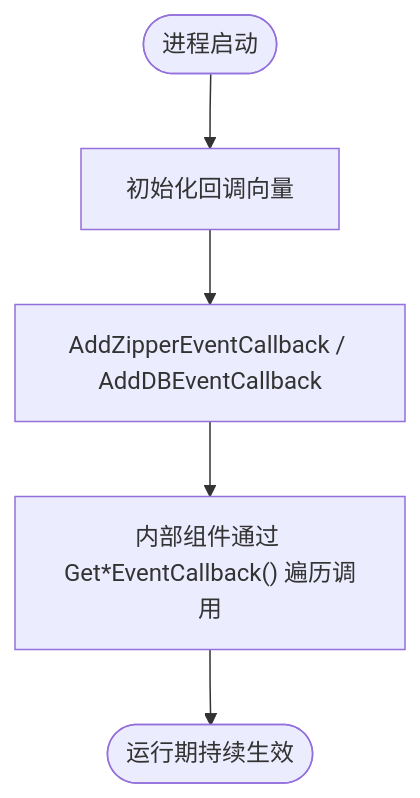
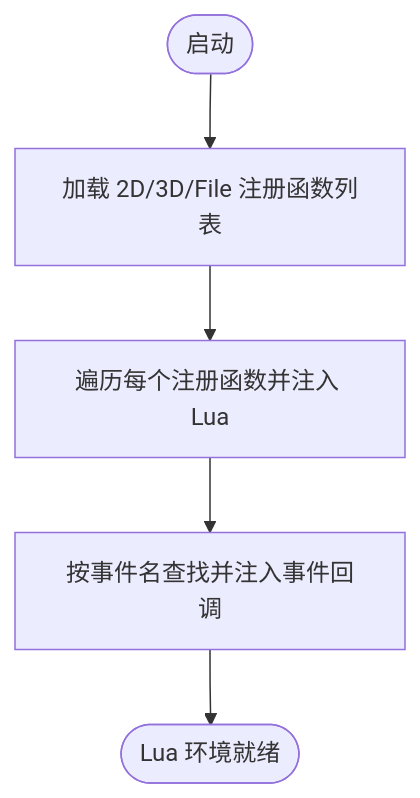
Before and after one commit to hsmbanlance/HsBaSlicer: the third of 9 diagrams in .qoder/repowiki/zh/content/扩展开发指南/事件系统开发.md, drawn with Mermaid. The commit also changed other lines of this file and 1135 other files, not shown here.

````diff
--- a/.qoder/repowiki/zh/content/扩展开发指南/事件系统开发.md
+++ b/.qoder/repowiki/zh/content/扩展开发指南/事件系统开发.md
@@ -181,7 +152,7 @@
 ```mermaid
 flowchart TD
-Start(["进程启动"]) --> Init["初始化回调向量"]
-Init --> Register["AddZipperEventCallback / AddDBEventCallback"]
-Register --> Use["内部组件通过 Get*EventCallback() 遍历调用"]
-Use --> End(["运行期持续生效"])
+Start(["启动"]) --> LoadRegs["加载 2D/3D/File 注册函数列表"]
+LoadRegs --> ForEach["遍历每个注册函数并注入 Lua"]
+ForEach --> Events["按事件名查找并注入事件回调"]
+Events --> End(["Lua 环境就绪"])
 ```
````
